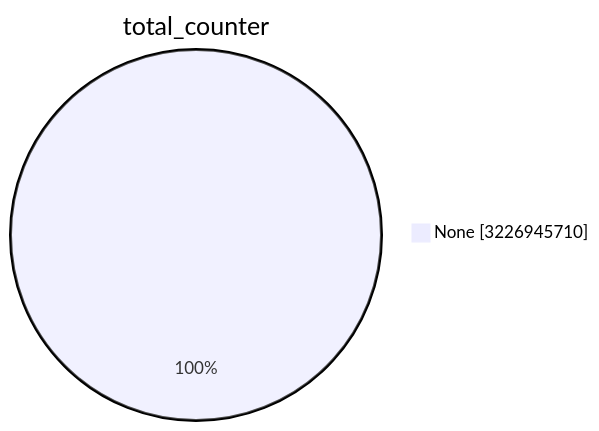
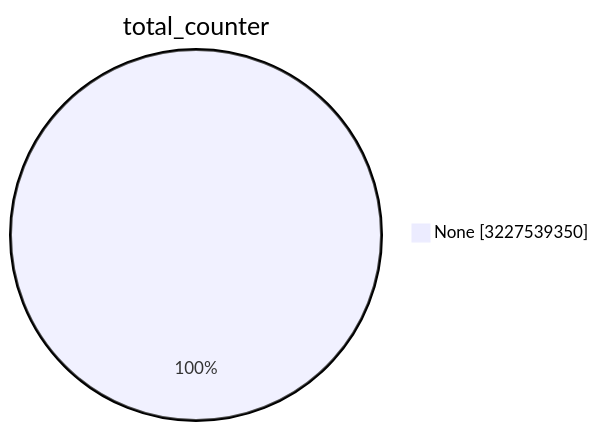
Before and after one commit to christiankrug/ctmonitor_visualization: the first of 15 diagrams in TOTAL/README.md, drawn with Mermaid. The commit also changed other lines of this file, not shown here.

````diff
--- a/TOTAL/README.md
+++ b/TOTAL/README.md
@@ -1,5 +1,5 @@
 ```mermaid
 pie showData
 title total_counter
-"None" :3226945710
+"None" :3227539350
 ```
````
